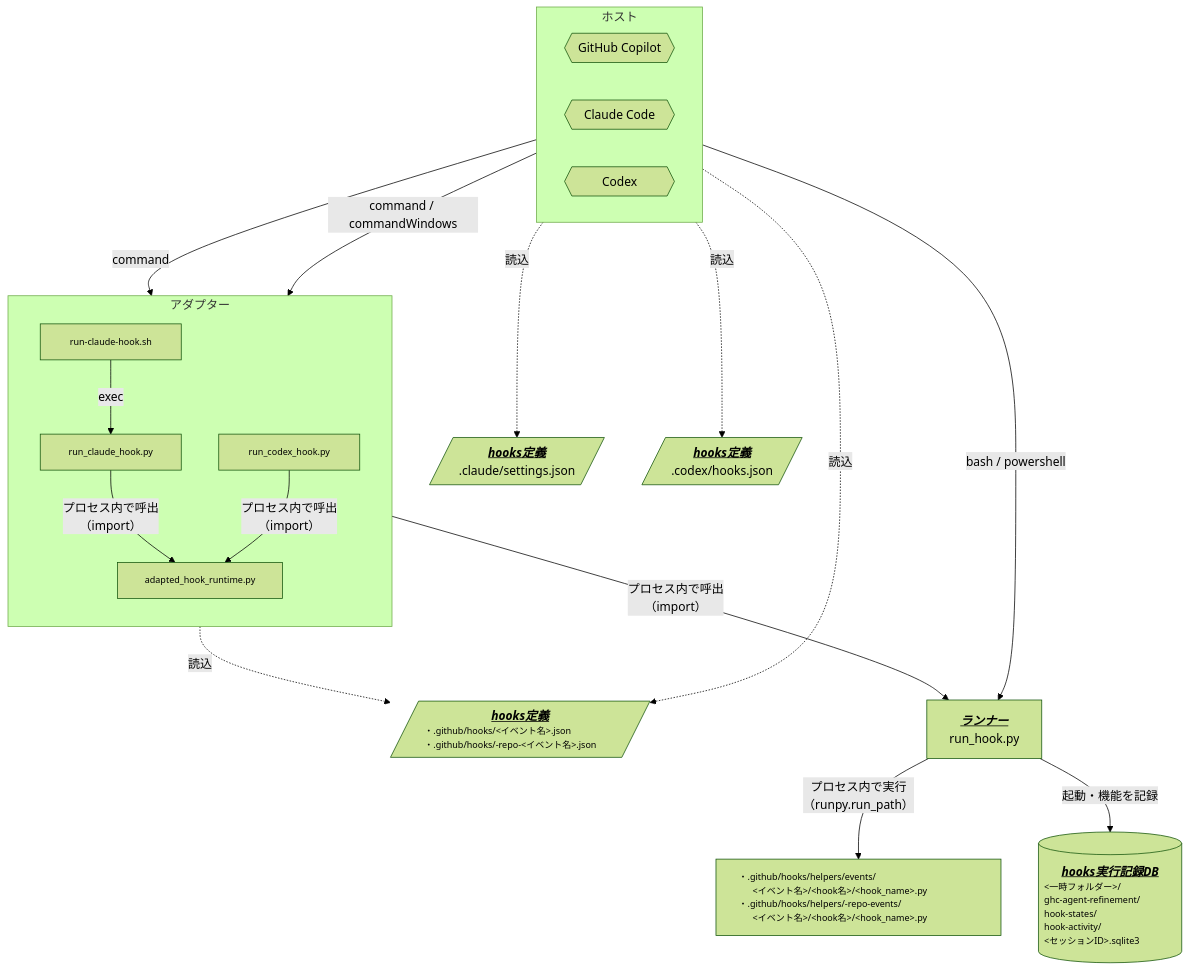
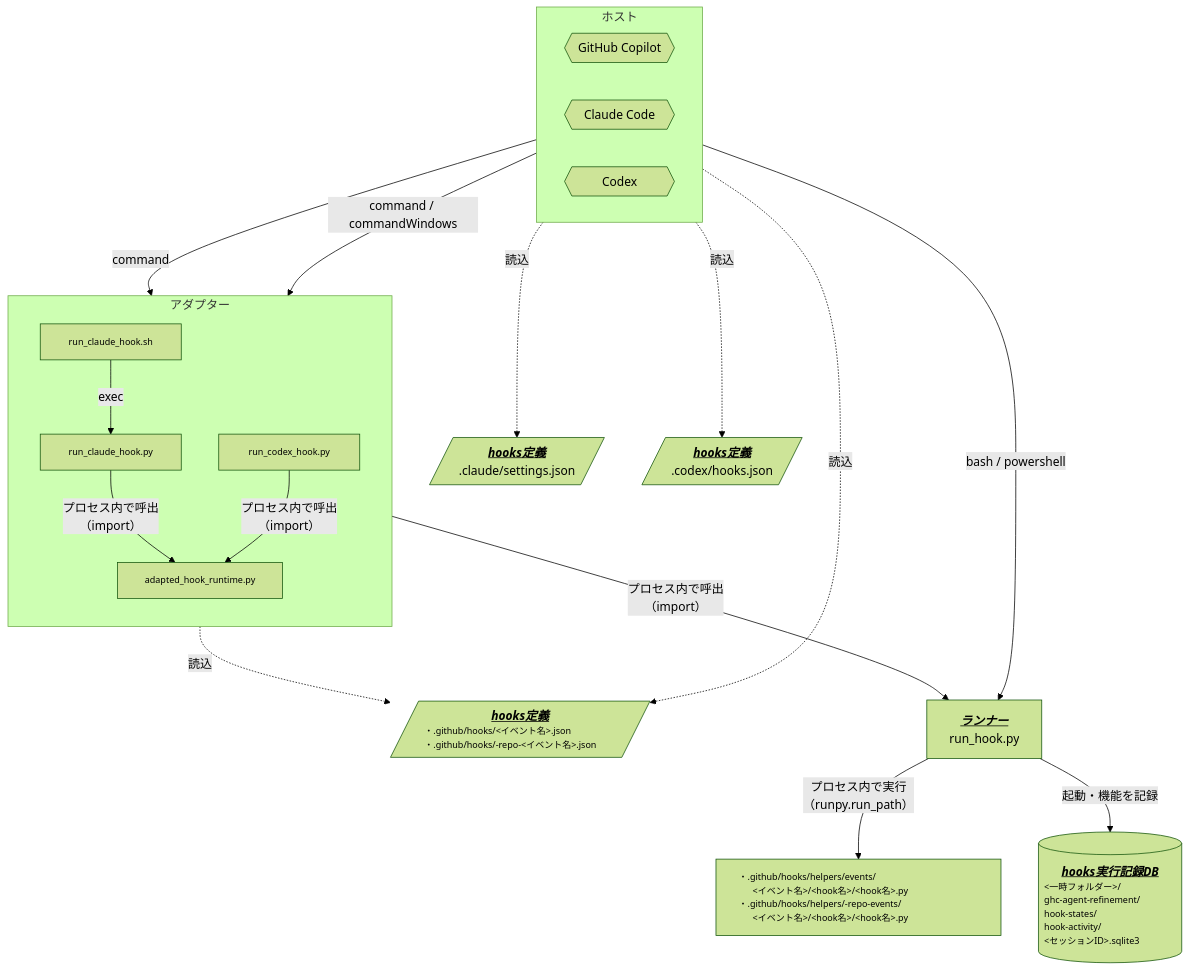
The second of 2 diagrams in .github/README.md (Widthdom/GHCAgentRefinement), drawn with Mermaid (forest theme) before and after one commit. The commit also changed other lines of this file and 506 other files, not shown here.

````diff
--- a/.github/README.md
+++ b/.github/README.md
@@ -370,40 +370,40 @@
 ```mermaid
 flowchart TB
     subgraph hosts["ホスト"]
         direction LR
         ghc{{"<div style='text-align: center; width: 112px'>GitHub Copilot</div>"}}
         claude{{"<div style='text-align: center; width: 112px'>Claude Code</div>"}}
         codex{{"<div style='text-align: center; width: 112px'>Codex</div>"}}
     end
 
     subgraph adapters["アダプター"]
         direction TB
-        claudeSh["<div style='width: 128px; font-size: 12px'>run-claude-hook.sh</div>"]
+        claudeSh["<div style='width: 128px; font-size: 12px'>run_claude_hook.sh</div>"]
         claudeAdapter["<div style='width: 128px; font-size: 12px'>run_claude_hook.py</div>"]
         codexAdapter["<div style='width: 128px; font-size: 12px'>run_codex_hook.py</div>"]
         runtime["<div style='width: 160px; font-size: 12px'>adapted_hook_runtime.py</div>"]
     end
 
     definitions[/"<b><i><u>hooks定義</u></i></b><br/><div style='text-align: left; width: 256px; font-size: 12px'>・.github/hooks/&lt;イベント名&gt;.json<br/>・.github/hooks/-repo-&lt;イベント名&gt;.json</div>"/]
     claudeSettings[/"<b><i><u>hooks定義</u></i></b><br/>.claude/settings.json"/]
     codexSettings[/"<b><i><u>hooks定義</u></i></b><br/>.codex/hooks.json"/]
     runner["<b><i><u>ランナー</u></i></b><br/>run_hook.py"]
-    hookScript["<div style='text-align: left; width: 320px; font-size: 12px'>・.github/hooks/helpers/events/<br/>      &lt;イベント名&gt;/&lt;hook名&gt;/&lt;hook_name&gt;.py<br/>・.github/hooks/helpers/-repo-events/<br/>      &lt;イベント名&gt;/&lt;hook名&gt;/&lt;hook_name&gt;.py</div>"]
+    hookScript["<div style='text-align: left; width: 320px; font-size: 12px'>・.github/hooks/helpers/events/<br/>      &lt;イベント名&gt;/&lt;hook名&gt;/&lt;hook名&gt;.py<br/>・.github/hooks/helpers/-repo-events/<br/>      &lt;イベント名&gt;/&lt;hook名&gt;/&lt;hook名&gt;.py</div>"]
     activity[("<b><i><u>hooks実行記録DB</u></i></b><div style='text-align: left; width: 176px; font-size: 12px'>&lt;一時フォルダー&gt;/<br/>  ghc-agent-refinement/<br/>    hook-states/<br/>      hook-activity/<br/>        &lt;セッションID&gt;.sqlite3</div>")]
 
     ghc -. "読込" .-> definitions
     ghc -- "bash / powershell" --> runner
 
     claude -. "読込" .-> claudeSettings
     codex -. "読込" .-> codexSettings
     claude -- "command" --> claudeSh
     claudeSh -- "exec" --> claudeAdapter
     claudeAdapter -- "プロセス内で呼出<br/>（import）" --> runtime
     codex -- "command / commandWindows" --> codexAdapter
     codexAdapter -- "プロセス内で呼出<br/>（import）" --> runtime
     runtime -. "読込" .-> definitions
     runtime -- "プロセス内で呼出<br/>（import）" --> runner
 
     runner -- "プロセス内で実行<br/>（runpy.run_path）" --> hookScript
     runner -- "起動・機能を記録" --> activity
 ```
````
